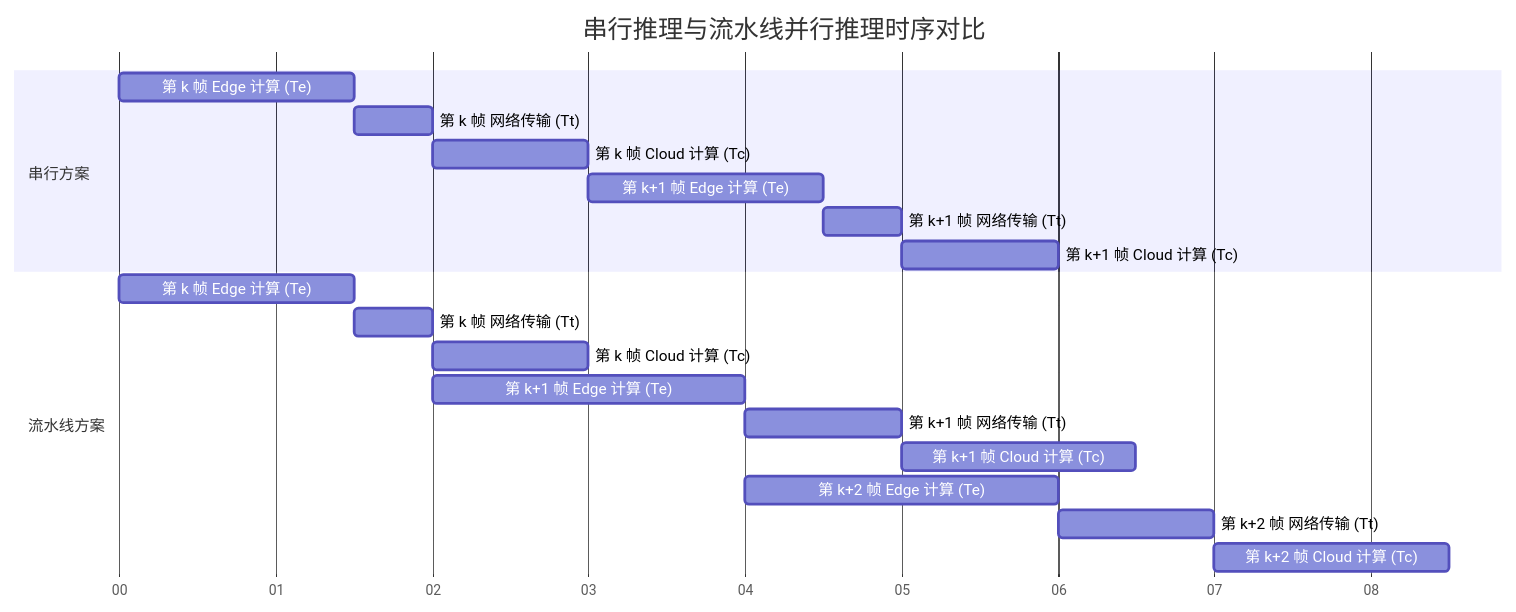
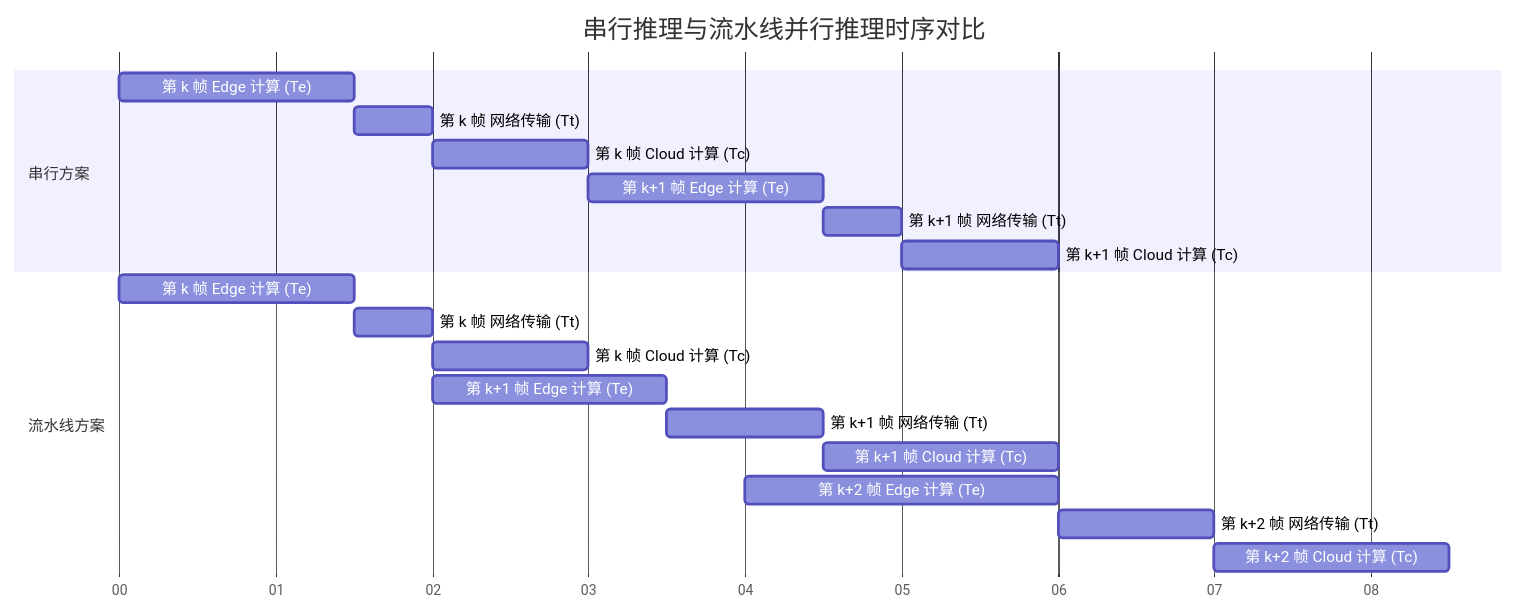
One commit to intmain-yy/iodraw-files changed the diagram in all/未命名-1.md. Above: the diagram before and after it, drawn with Mermaid.

Commit message:
2026-02-28 13:47:38 update

````diff
--- a/all/未命名-1.md
+++ b/all/未命名-1.md
@@ -1,27 +1,27 @@
 ```mermaid
 gantt
     title 串行推理与流水线并行推理时序对比
     dateFormat  s
     axisFormat  %S
     
     section 串行方案
     第 k 帧 Edge 计算 (Te)       :a1, 0, 1.5s
     第 k 帧 网络传输 (Tt)       :a2, after a1, 0.5s
     第 k 帧 Cloud 计算 (Tc)      :a3, after a2, 1s
     第 k+1 帧 Edge 计算 (Te)     :a4, after a3, 1.5s
     第 k+1 帧 网络传输 (Tt)     :a5, after a4, 0.5s
     第 k+1 帧 Cloud 计算 (Tc)    :a6, after a5, 1s
     
     section 流水线方案
     第 k 帧 Edge 计算 (Te)       :b1, 0, 1.5s
     第 k 帧 网络传输 (Tt)       :b2, after b1, 0.5s
     第 k 帧 Cloud 计算 (Tc)      :b3, after b2, 1s
     
-    第 k+1 帧 Edge 计算 (Te)     :c1, 2, 2s
+    第 k+1 帧 Edge 计算 (Te)     :c1, 2, 1.5s
     第 k+1 帧 网络传输 (Tt)     :c2, after c1, 1s
     第 k+1 帧 Cloud 计算 (Tc)    :c3, after c2, 1.5s
     
     第 k+2 帧 Edge 计算 (Te)     :d1, 4, 2s
     第 k+2 帧 网络传输 (Tt)     :d2, after d1, 1s
     第 k+2 帧 Cloud 计算 (Tc)    :d3, after d2, 1.5s
 ```
````
